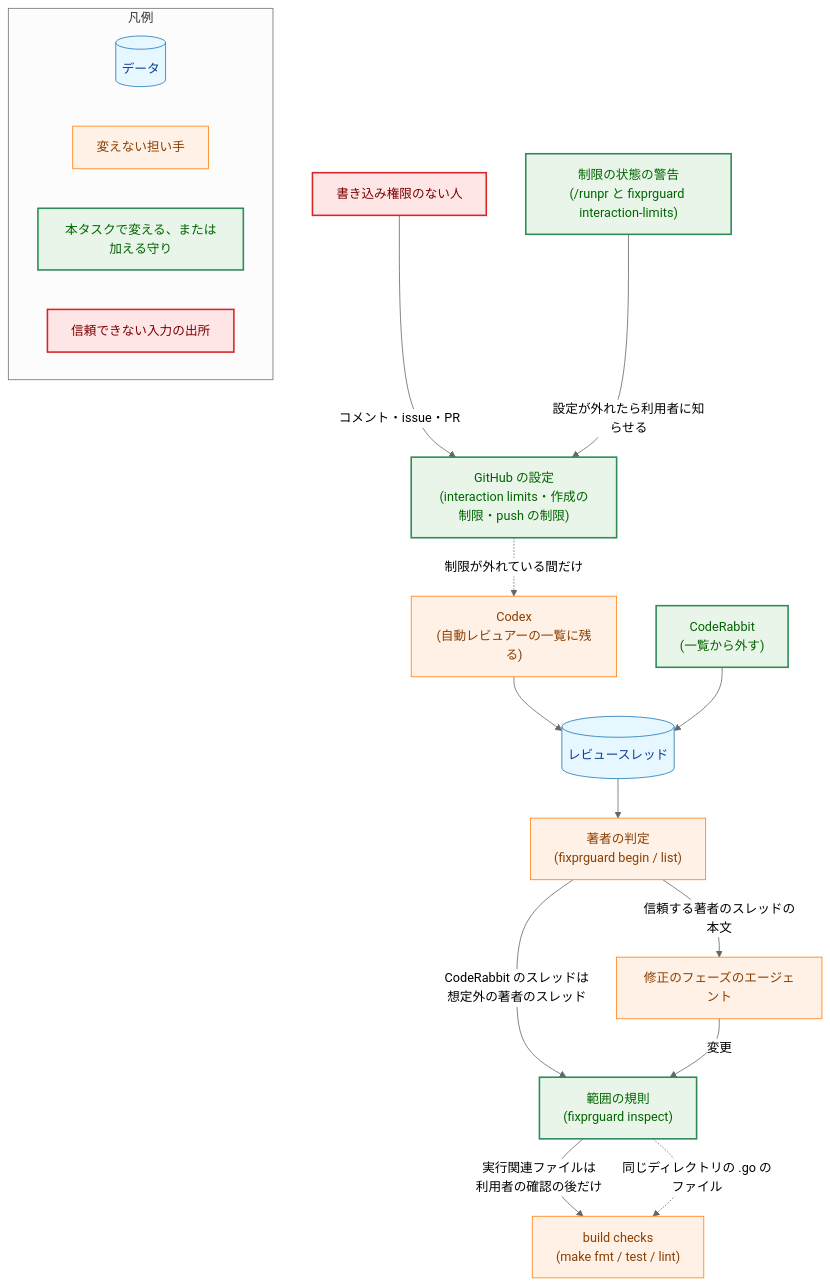
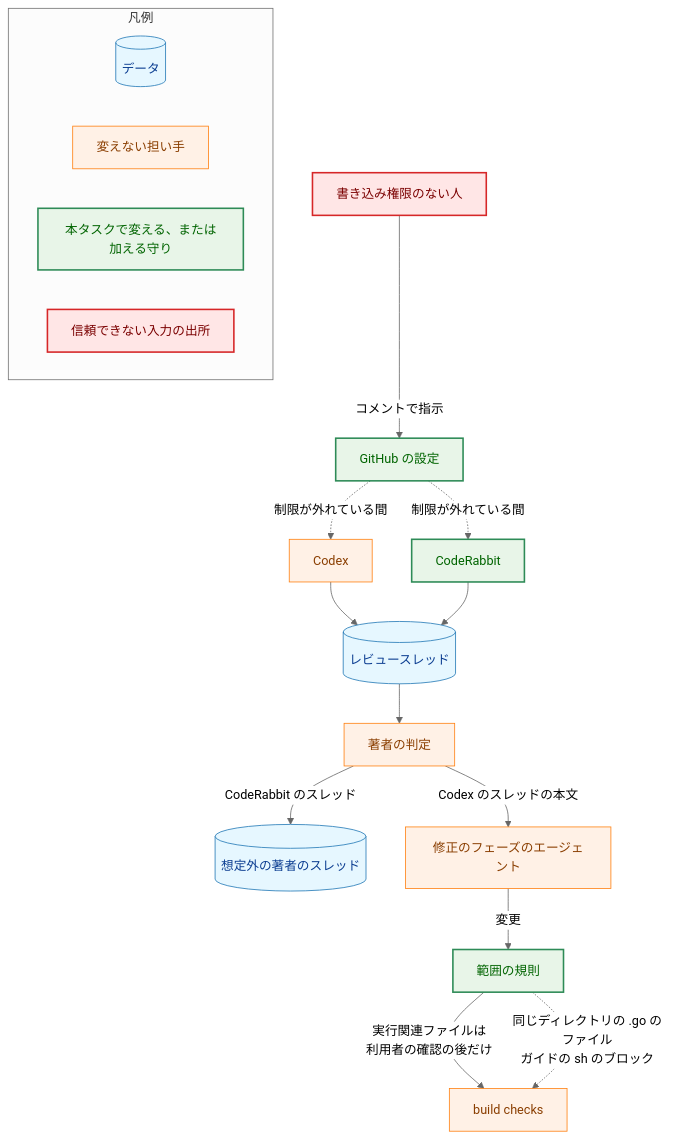
The first of 5 diagrams in docs/tasks/0057_reviewer_relay_guard/02_architecture.md (isseis/yt2column), drawn with Mermaid (neutral theme) before and after one commit. The commit also changed other lines of this file and 1 other file, not shown here.

First line of the commit message:
docs(0057): apply the architecture review and record the requirement changes

````diff
--- a/docs/tasks/0057_reviewer_relay_guard/02_architecture.md
+++ b/docs/tasks/0057_reviewer_relay_guard/02_architecture.md
@@ -80,46 +106,46 @@
 ```mermaid
 flowchart TD
     classDef data fill:#e6f7ff,stroke:#1f77b4,stroke-width:1px,color:#0b3d91;
     classDef process fill:#fff1e6,stroke:#ff7f0e,stroke-width:1px,color:#8a3e00;
     classDef enhanced fill:#e8f5e8,stroke:#2e8b57,stroke-width:2px,color:#006400;
     classDef problem fill:#ffe6e6,stroke:#d62728,stroke-width:2px,color:#7b0000;
 
     EXT["書き込み権限のない人"]
-    GHS["GitHub の設定<br>(interaction limits・作成の制限・push の制限)"]
-    CDX["Codex<br>(自動レビュアーの一覧に残る)"]
-    CR["CodeRabbit<br>(一覧から外す)"]
+    GHS["GitHub の設定"]
+    CDX["Codex"]
+    CR["CodeRabbit"]
     TH[("レビュースレッド")]
-    TRUST["著者の判定<br>(fixprguard begin / list)"]
+    TRUST["著者の判定"]
+    UT[("想定外の著者のスレッド")]
     AG["修正のフェーズのエージェント"]
-    SCOPE["範囲の規則<br>(fixprguard inspect)"]
-    MK["build checks<br>(make fmt / test / lint)"]
-    WARN["制限の状態の警告<br>(/runpr と fixprguard interaction-limits)"]
+    SCOPE["範囲の規則"]
+    MK["build checks"]
 
-    EXT -->|"コメント・issue・PR"| GHS
-    GHS -.->|"制限が外れている間だけ"| CDX
+    EXT -->|"コメントで指示"| GHS
+    GHS -.->|"制限が外れている間"| CDX
+    GHS -.->|"制限が外れている間"| CR
     CDX --> TH
     CR --> TH
     TH --> TRUST
-    TRUST -->|"信頼する著者のスレッドの本文"| AG
-    TRUST -->|"CodeRabbit のスレッドは<br>想定外の著者のスレッド"| SCOPE
+    TRUST -->|"Codex のスレッドの本文"| AG
+    TRUST -->|"CodeRabbit のスレッド"| UT
     AG -->|"変更"| SCOPE
     SCOPE -->|"実行関連ファイルは<br>利用者の確認の後だけ"| MK
-    SCOPE -.->|"同じディレクトリの .go のファイル"| MK
-    WARN -->|"設定が外れたら利用者に知らせる"| GHS
+    SCOPE -.->|"同じディレクトリの .go のファイル<br>ガイドの sh のブロック"| MK
 
     class EXT problem
     class CDX,AG,MK,TRUST process
-    class TH data
-    class GHS,CR,SCOPE,WARN enhanced
+    class TH,UT data
+    class GHS,CR,SCOPE enhanced
 
     subgraph Legend["凡例"]
         LG1[("データ")]
         LG2["変えない担い手"]
         LG3["本タスクで変える、または加える守り"]
         LG4["信頼できない入力の出所"]
     end
     class LG1 data
     class LG2 process
     class LG3 enhanced
     class LG4 problem
 ```
````
